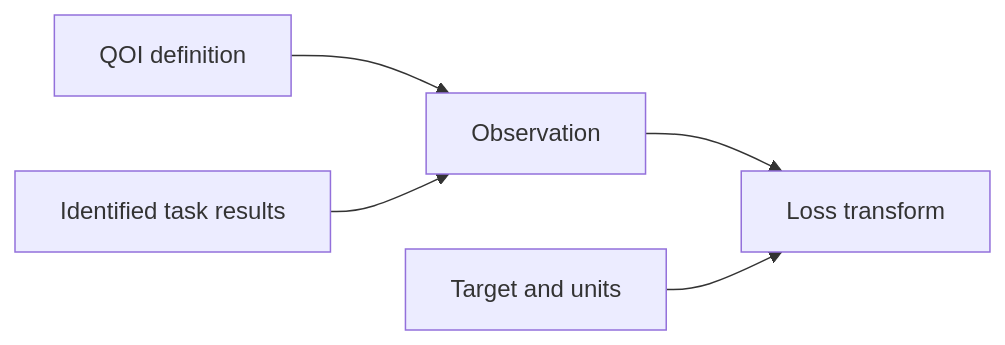
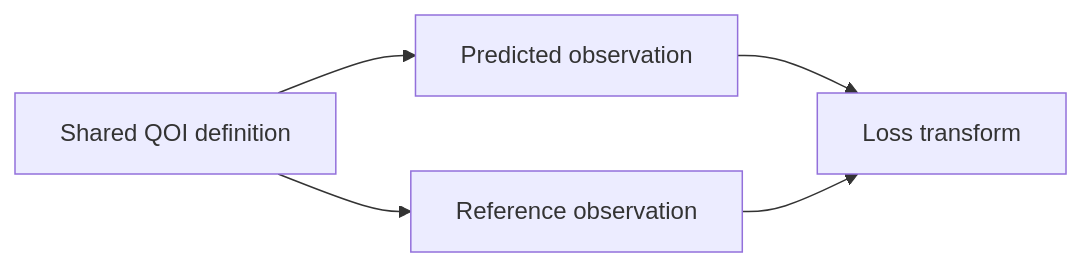
Before and after one commit to eragasa/projectkoios-frankenstein: the diagram in docs/architecture/qoi-evaluation/specifications/index.md, drawn with Mermaid. The commit also changed other lines of this file and 385 other files, not shown here.

````diff
--- a/docs/architecture/qoi-evaluation/specifications/index.md
+++ b/docs/architecture/qoi-evaluation/specifications/index.md
@@ -3,7 +3,7 @@
 ```mermaid
 flowchart LR
-    D[QOI definition] --> O[Observation]
-    R[Identified task results] --> O
-    O --> L[Loss transform]
-    T[Target and units] --> L
+    D[Shared QOI definition] --> P[Predicted observation]
+    D --> R[Reference observation]
+    P --> L[Loss transform]
+    R --> L
 ```
````
